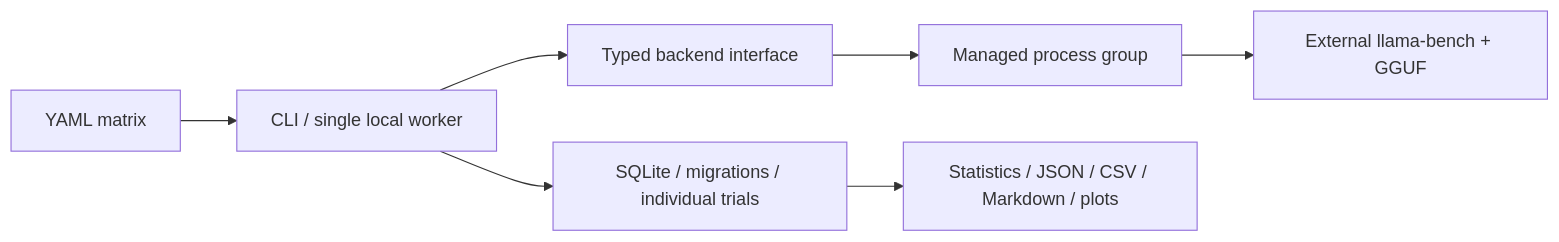
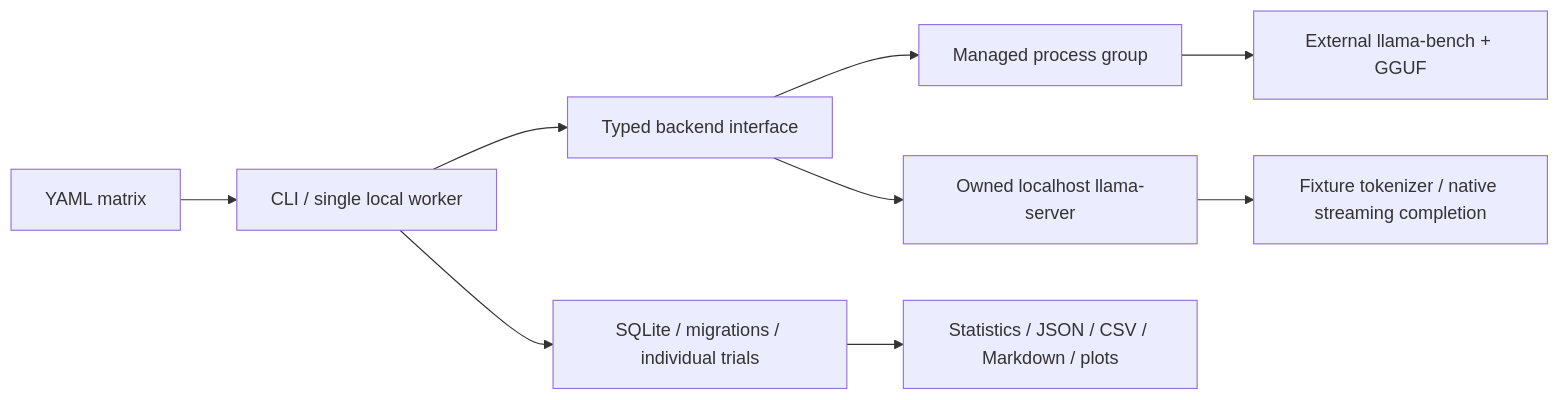
Before and after one commit to ycai06/llm-inference-lab: the diagram in README.md, drawn with Mermaid. The commit also changed other lines of this file and 40 other files, not shown here.

First line of the commit message:
Add managed server benchmarks with tokenizer-validated request timing

````diff
--- a/README.md
+++ b/README.md
@@ -15,9 +16,11 @@
 ```mermaid
 flowchart LR
     Config[YAML matrix] --> CLI[CLI / single local worker]
     CLI --> Adapter[Typed backend interface]
     Adapter --> Process[Managed process group]
     Process --> Llama[External llama-bench + GGUF]
+    Adapter --> Server[Owned localhost llama-server]
+    Server --> Tokens[Fixture tokenizer / native streaming completion]
     CLI --> SQLite[SQLite / migrations / individual trials]
     SQLite --> Results[Statistics / JSON / CSV / Markdown / plots]
 ```
````
